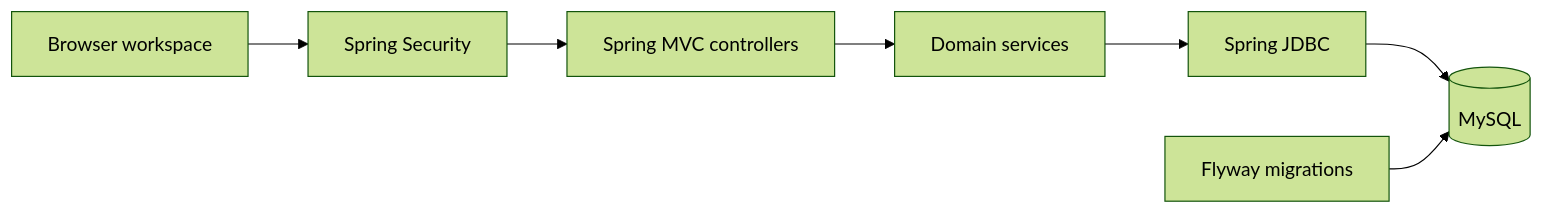
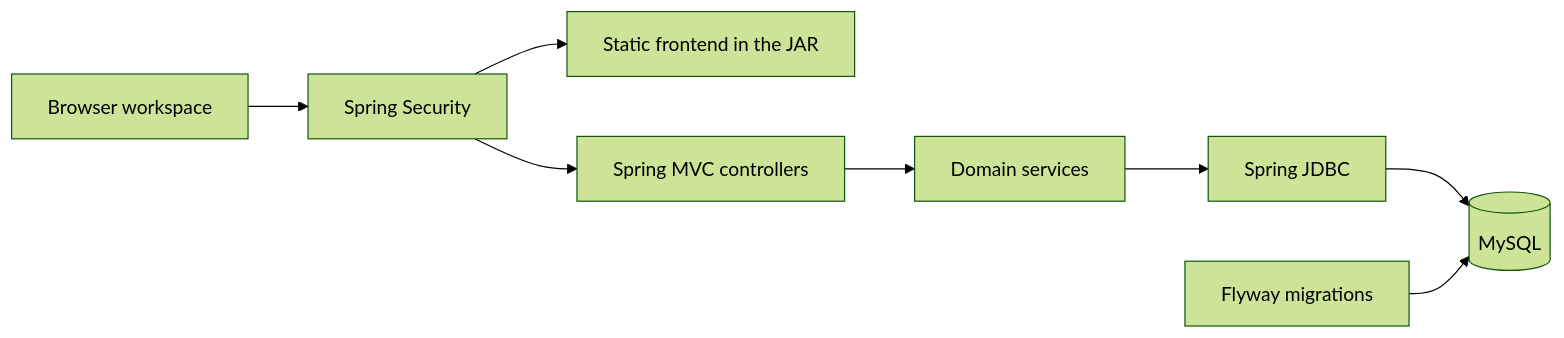
One commit to cpg25ncu/dormitory-management-system changed the first of 2 diagrams in docs/architecture.md. Above: the diagram before and after it, drawn with Mermaid (forest theme). The commit also changed other lines of this file and 32 other files, not shown here.

````diff
--- a/docs/architecture.md
+++ b/docs/architecture.md
@@ -5,9 +5,10 @@
 ```mermaid
 flowchart LR
     Browser["Browser workspace"] --> Security["Spring Security"]
+    Security --> Assets["Static frontend in the JAR"]
     Security --> Controllers["Spring MVC controllers"]
     Controllers --> Services["Domain services"]
     Services --> Jdbc["Spring JDBC"]
     Jdbc --> DB[("MySQL")]
     Flyway["Flyway migrations"] --> DB
 ```
````
